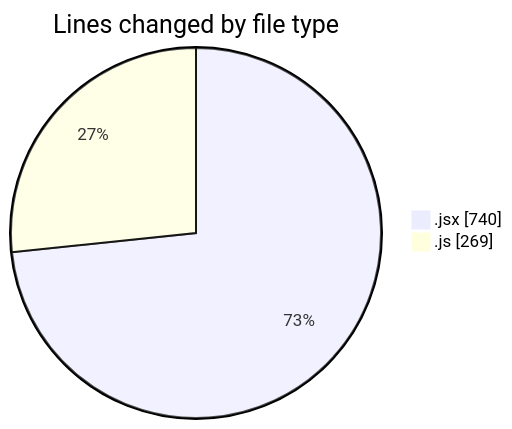
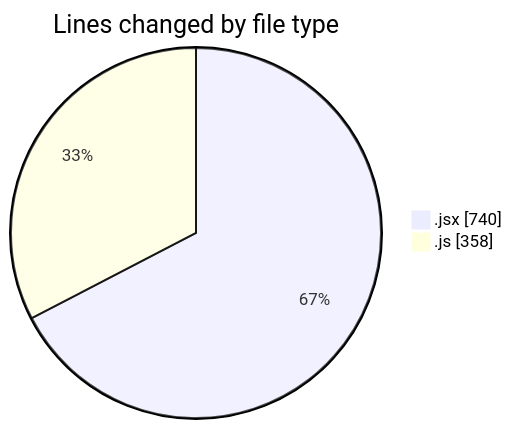
Before and after one commit to nxtqubesakshisongat/code-tracking: the first of 2 diagrams in 2025-07-21/nxtqube_webapp/README.md, drawn with Mermaid. The commit also changed other lines of this file and 1 other file, not shown here.

````diff
--- a/2025-07-21/nxtqube_webapp/README.md
+++ b/2025-07-21/nxtqube_webapp/README.md
@@ -22,6 +23,6 @@
 ```mermaid
 pie showData
 title Lines changed by file type
 ".jsx" : 740
-".js" : 269
+".js" : 358
 ```
````
